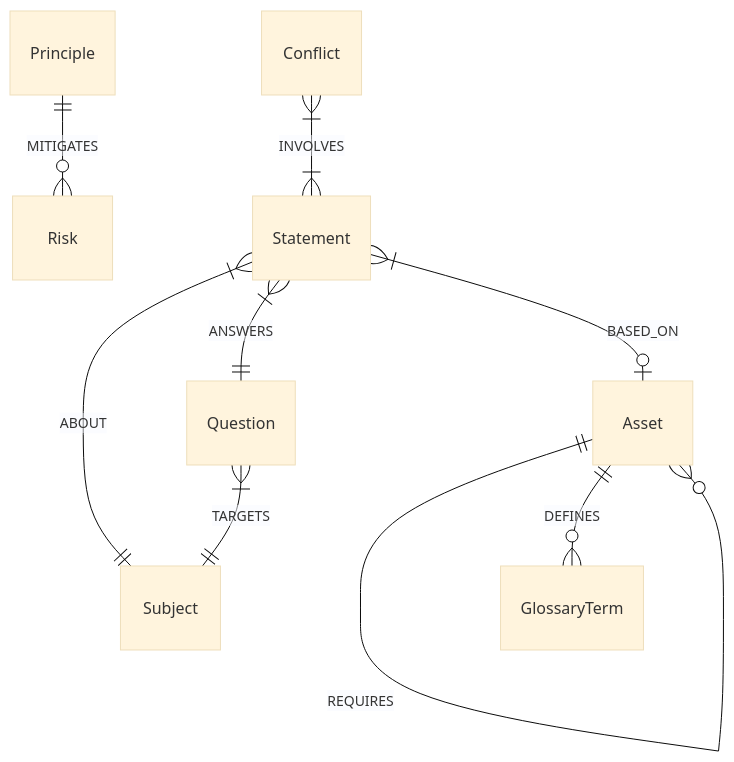
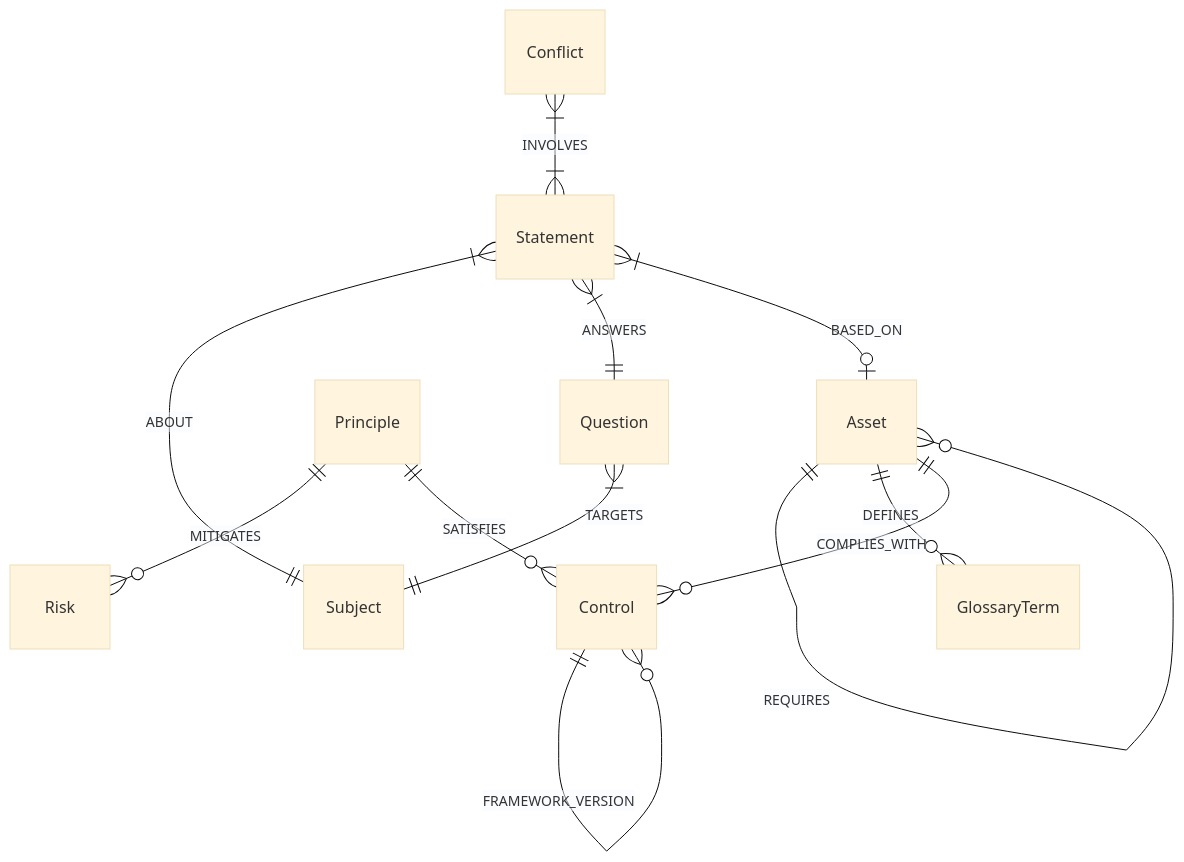
One commit to MauriceIsrael/LLMOps changed the second of 4 diagrams in docs/architecture.md. Above: the diagram before and after it, drawn with Mermaid (base theme). The commit also changed other lines of this file and 26 other files, not shown here.

First line of the commit message:
chore: clean dead code, fix CI/Ruff linter, update docs/architecture, optimize build/test perfs & add GCP deploy script

````diff
--- a/docs/architecture.md
+++ b/docs/architecture.md
@@ -93,13 +97,16 @@
 ```mermaid
 erDiagram
     Asset ||--o{ Asset : SUPERSEDES
     Asset ||--o{ Asset : REQUIRES
     Asset ||--o{ GlossaryTerm : DEFINES
     Principle ||--o{ Risk : MITIGATES
+    Asset ||--o{ Control : COMPLIES_WITH
+    Principle ||--o{ Control : SATISFIES
+    Control ||--o{ Control : FRAMEWORK_VERSION
     
     Question }|--|| Subject : TARGETS
     Statement }|--|| Subject : ABOUT
     Statement }|--|| Question : ANSWERS
     Statement }|--o| Asset : BASED_ON
     Conflict }|--|{ Statement : INVOLVES
 ```
````
